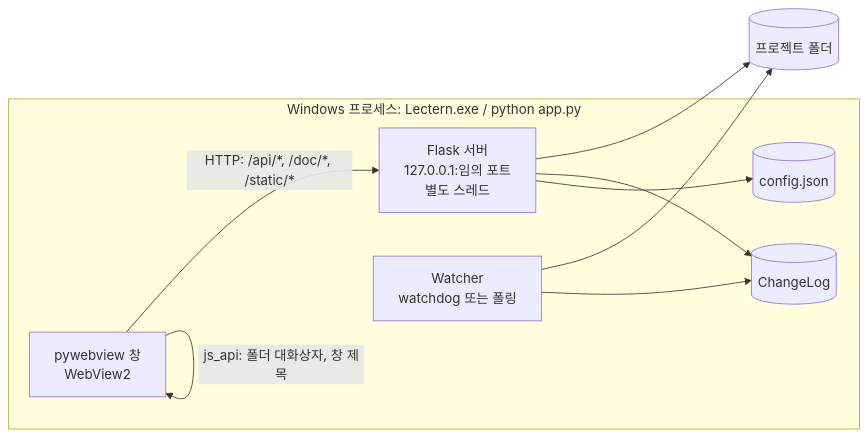
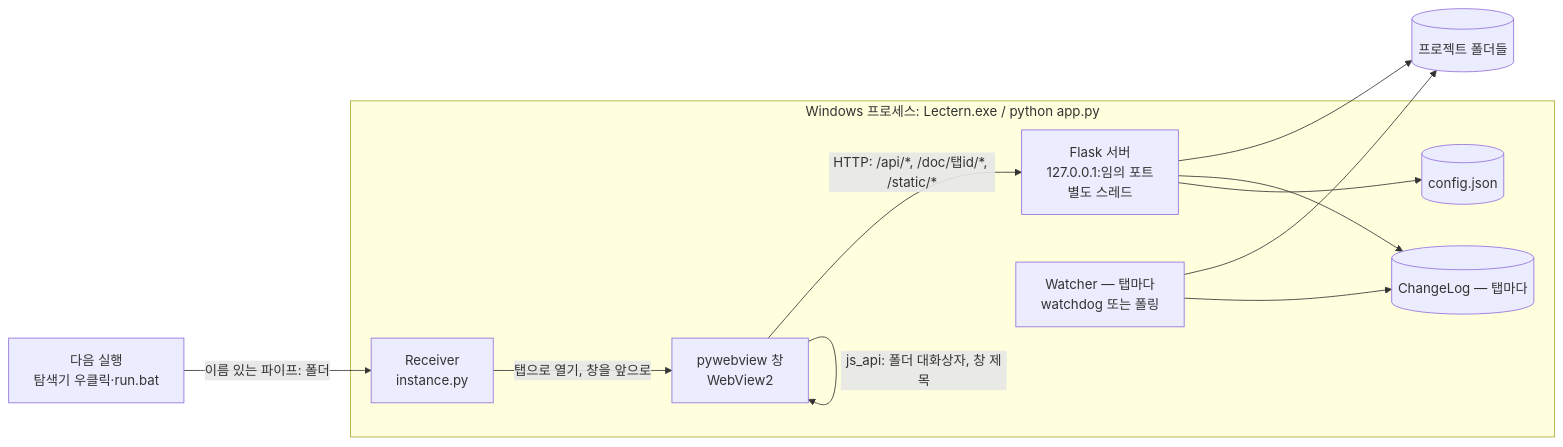
One commit to samiblog/lectern changed the first of 2 diagrams in docs/ARCHITECTURE.md. Above: the diagram before and after it, drawn with Mermaid. The commit also changed other lines of this file and 44 other files, not shown here.

````diff
--- a/docs/ARCHITECTURE.md
+++ b/docs/ARCHITECTURE.md
@@ -7,18 +7,22 @@
 ```mermaid
 flowchart LR
     subgraph Win[Windows 프로세스: Lectern.exe / python app.py]
         PW[pywebview 창<br/>WebView2]
         HTTP[Flask 서버<br/>127.0.0.1:임의 포트<br/>별도 스레드]
-        W[Watcher<br/>watchdog 또는 폴링]
-        LOG[(ChangeLog)]
+        W[Watcher — 탭마다<br/>watchdog 또는 폴링]
+        LOG[(ChangeLog — 탭마다)]
         CFG[(config.json)]
+        RCV[Receiver<br/>instance.py]
     end
-    FS[(프로젝트 폴더)]
-    PW -- "HTTP: /api/*, /doc/*, /static/*" --> HTTP
+    FS[(프로젝트 폴더들)]
+    NEXT[다음 실행<br/>탐색기 우클릭·run.bat]
+    PW -- "HTTP: /api/*, /doc/탭id/*, /static/*" --> HTTP
     PW -- "js_api: 폴더 대화상자, 창 제목" --> PW
     HTTP --> FS
     W --> FS
     W --> LOG
     HTTP --> LOG
     HTTP --> CFG
+    NEXT -- "이름 있는 파이프: 폴더" --> RCV
+    RCV -- "탭으로 열기, 창을 앞으로" --> PW
 ```
````
